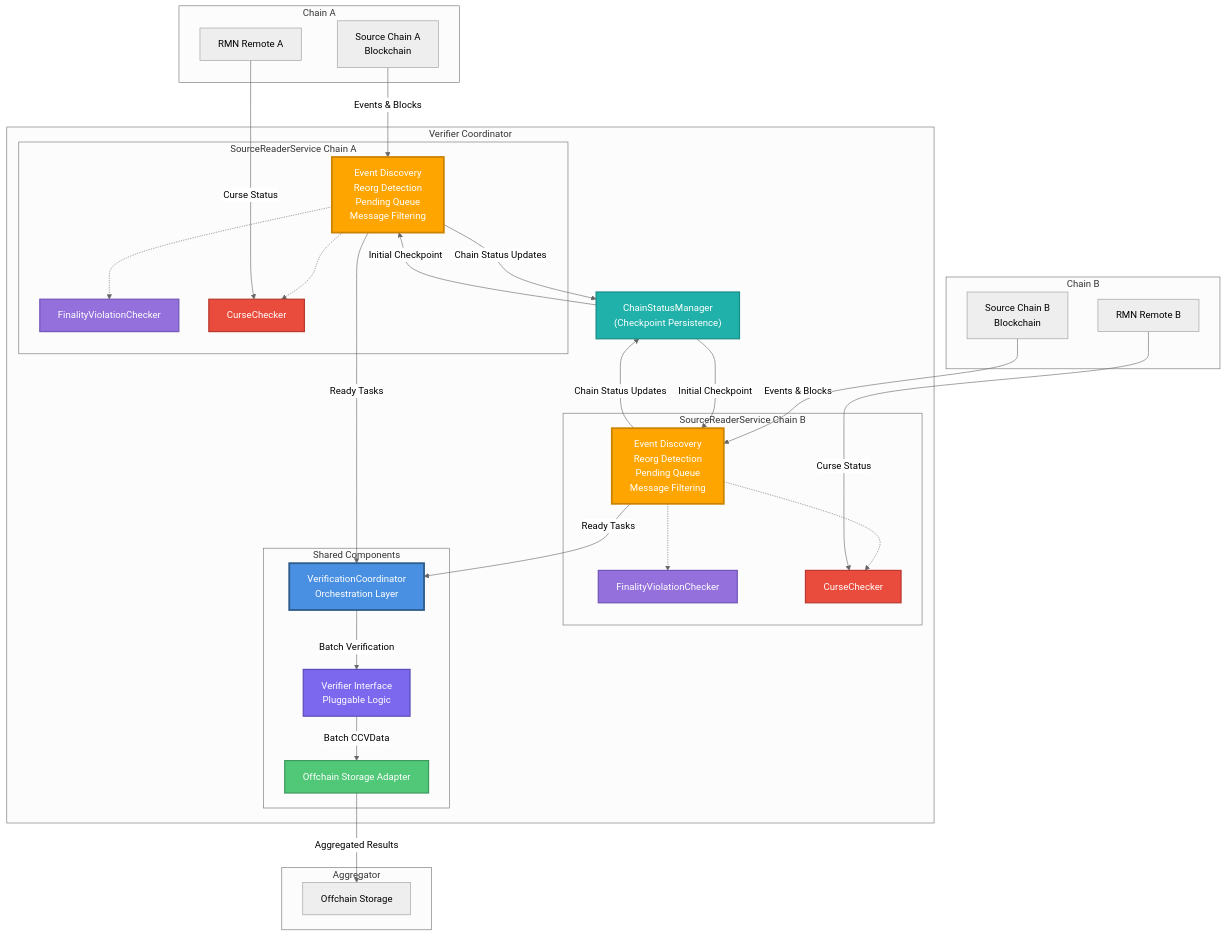
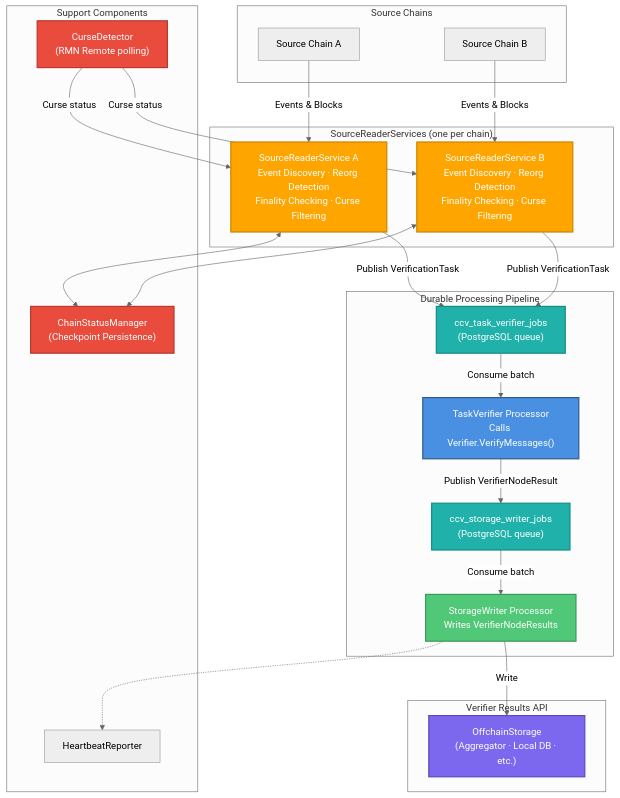
Before and after one commit to smartcontractkit/chainlink-ccv: the first of 4 diagrams in verifier/docs/verifier.md, drawn with Mermaid (neutral theme). The commit also changed other lines of this file and 2 other files, not shown here.

Commit message:
Verifier docs update

````diff
--- a/verifier/docs/verifier.md
+++ b/verifier/docs/verifier.md
@@ -25,62 +25,45 @@
 ```mermaid
 flowchart TB
- subgraph subGraph0["Chain A"]
-        SC_A["Source Chain A<br>Blockchain"]
-        RMN_A["RMN Remote A"]
+ subgraph Sources["Source Chains"]
+        SC_A["Source Chain A"]
+        SC_B["Source Chain B"]
   end
- subgraph subGraph1["Chain B"]
-        SC_B["Source Chain B<br>Blockchain"]
-        RMN_B["RMN Remote B"]
+ subgraph SRS_Group["SourceReaderServices (one per chain)"]
+        SRS_A["SourceReaderService A\nEvent Discovery · Reorg Detection\nFinality Checking · Curse Filtering"]
+        SRS_B["SourceReaderService B\nEvent Discovery · Reorg Detection\nFinality Checking · Curse Filtering"]
   end
- subgraph subGraph2["SourceReaderService Chain A"]
-        SRS_A["Event Discovery<br>Reorg Detection<br>Pending Queue<br>Message Filtering"]
-        FVC_A["FinalityViolationChecker"]
-        CC_A["CurseChecker"]
-        SRS_A -.-> FVC_A
-        SRS_A -.-> CC_A
+ subgraph Pipeline["Durable Processing Pipeline"]
+        TQ["ccv_task_verifier_jobs\n(PostgreSQL queue)"]
+        TVP["TaskVerifier Processor\nCalls Verifier.VerifyMessages()"]
+        RQ["ccv_storage_writer_jobs\n(PostgreSQL queue)"]
+        SWP["StorageWriter Processor\nWrites VerifierNodeResults"]
   end
- subgraph subGraph3["SourceReaderService Chain B"]
-        SRS_B["Event Discovery<br>Reorg Detection<br>Pending Queue<br>Message Filtering"]
-        FVC_B["FinalityViolationChecker"]
-        CC_B["CurseChecker"]
-        SRS_B -.-> FVC_B
-        SRS_B -.-> CC_B
+ subgraph Storage["Verifier Results API"]
+        OS["OffchainStorage\n(Aggregator · Local DB · etc.)"]
   end
- subgraph subGraph4["Shared Components"]
-        VC["VerificationCoordinator<br>Orchestration Layer"]
-        VI["Verifier Interface<br>Pluggable Logic"]
-        SB["Offchain Storage Adapter"]
-  end
- subgraph subGraph5["Verifier Coordinator"]
-        CSM["ChainStatusManager<br>(Checkpoint Persistence)"]
-        subGraph2
-        subGraph3
-        subGraph4
-  end
- subgraph Aggregator["Aggregator"]
-        OS["Offchain Storage"]
+ subgraph Support["Support Components"]
+        CSM["ChainStatusManager\n(Checkpoint Persistence)"]
+        CD["CurseDetector\n(RMN Remote polling)"]
+        HR["HeartbeatReporter"]
   end
     SC_A -- Events & Blocks --> SRS_A
     SC_B -- Events & Blocks --> SRS_B
-    RMN_A -- Curse Status --> CC_A
-    RMN_B -- Curse Status --> CC_B
-    SRS_A -- Ready Tasks --> VC
-    SRS_B -- Ready Tasks --> VC
-    VC -- Batch Verification --> VI
-    VI -- Batch CCVData --> SB
-    SB -- Aggregated Results --> OS
-    SRS_A -- Chain Status Updates --> CSM
-    SRS_B -- Chain Status Updates --> CSM
-    CSM -- Initial Checkpoint --> SRS_A
-    CSM -- Initial Checkpoint --> SRS_B
-    style SRS_A fill:#FFA500,stroke:#CC8400,stroke-width:3px,color:#FFFFFF
-    style FVC_A fill:#9370DB,stroke:#7256B8,stroke-width:2px,color:#FFFFFF
-    style CC_A fill:#E94B3C,stroke:#B8392E,stroke-width:2px,color:#FFFFFF
-    style SRS_B fill:#FFA500,stroke:#CC8400,stroke-width:3px,color:#FFFFFF
-    style FVC_B fill:#9370DB,stroke:#7256B8,stroke-width:2px,color:#FFFFFF
-    style CC_B fill:#E94B3C,stroke:#B8392E,stroke-width:2px,color:#FFFFFF
-    style VC fill:#4A90E2,stroke:#2E5C8A,stroke-width:3px,color:#FFFFFF
-    style VI fill:#7B68EE,stroke:#5A4DB8,stroke-width:2px,color:#FFFFFF
-    style SB fill:#50C878,stroke:#3D9A5F,stroke-width:2px,color:#FFFFFF
-    style CSM fill:#20B2AA,stroke:#178B85,stroke-width:2px,color:#FFFFFF
+    SRS_A -- Publish VerificationTask --> TQ
+    SRS_B -- Publish VerificationTask --> TQ
+    TQ -- Consume batch --> TVP
+    TVP -- Publish VerifierNodeResult --> RQ
+    RQ -- Consume batch --> SWP
+    SWP -- Write --> OS
+    SRS_A & SRS_B <--> CSM
+    CD -- Curse status --> SRS_A & SRS_B
+    SWP -.-> HR
+    style SRS_A fill:#FFA500,stroke:#CC8400,stroke-width:2px,color:#FFFFFF
+    style SRS_B fill:#FFA500,stroke:#CC8400,stroke-width:2px,color:#FFFFFF
+    style TQ fill:#20B2AA,stroke:#178B85,stroke-width:2px,color:#FFFFFF
+    style TVP fill:#4A90E2,stroke:#2E5C8A,stroke-width:2px,color:#FFFFFF
+    style RQ fill:#20B2AA,stroke:#178B85,stroke-width:2px,color:#FFFFFF
+    style SWP fill:#50C878,stroke:#3D9A5F,stroke-width:2px,color:#FFFFFF
+    style OS fill:#7B68EE,stroke:#5A4DB8,stroke-width:2px,color:#FFFFFF
+    style CSM fill:#E94B3C,stroke:#B8392E,stroke-width:2px,color:#FFFFFF
+    style CD fill:#E94B3C,stroke:#B8392E,stroke-width:2px,color:#FFFFFF
 ```
````
